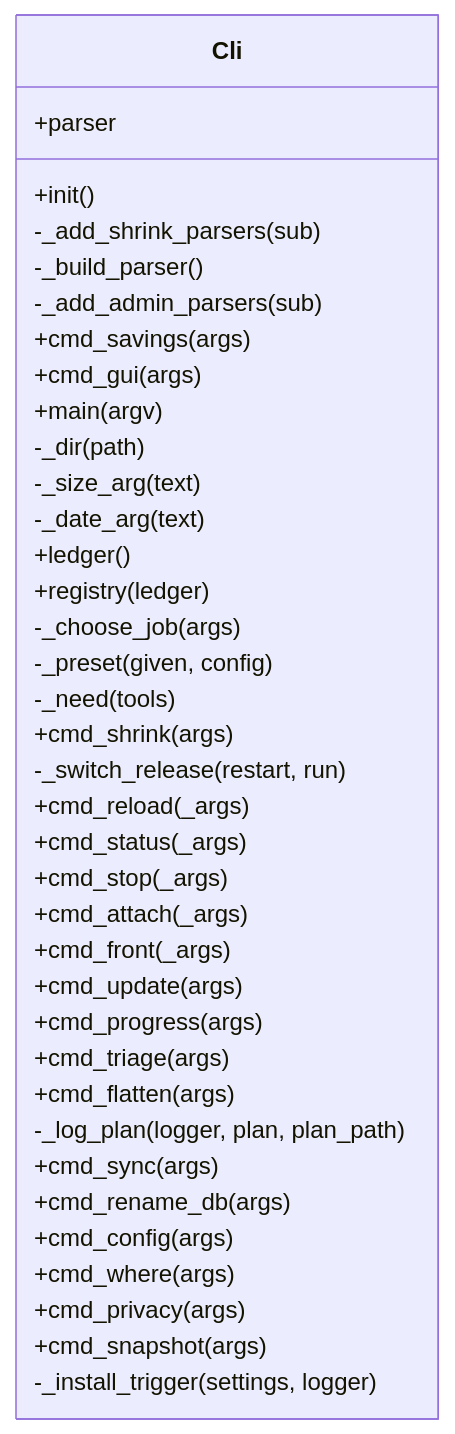
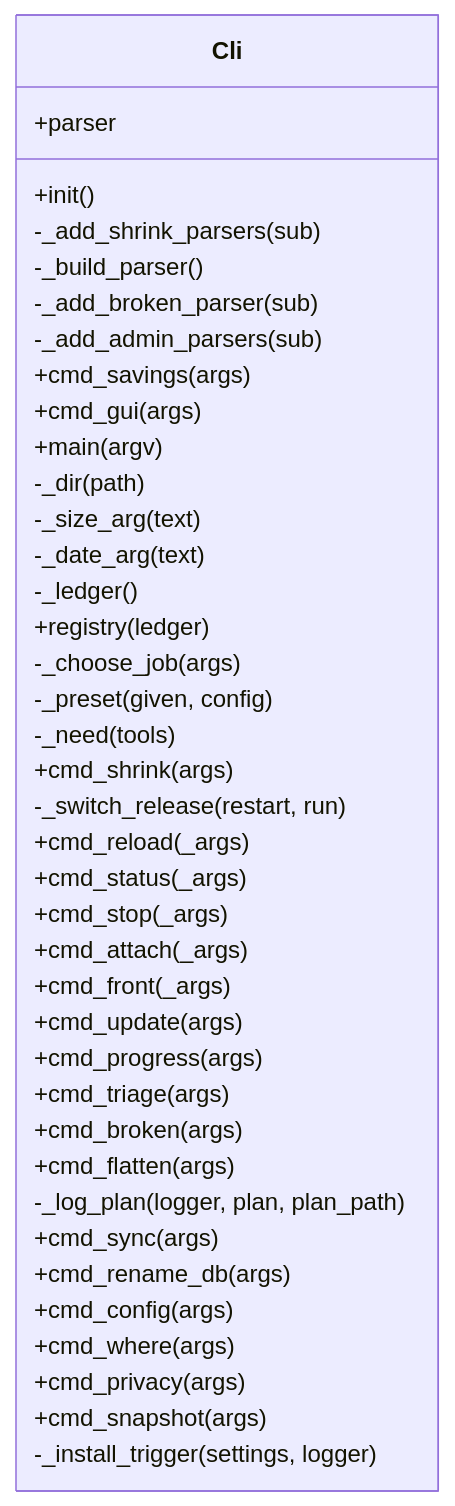
Before and after one commit to peddanet/mediatools: the diagram in docs/img/uml_cli.mmd, drawn with Mermaid. The commit also changed 39 other files, not shown here.

```diff
--- a/docs/img/uml_cli.mmd
+++ b/docs/img/uml_cli.mmd
@@ -1,39 +1,41 @@
 classDiagram
   direction LR
   class Cli {
     +parser
     +init()
     -_add_shrink_parsers(sub)
     -_build_parser()
+    -_add_broken_parser(sub)
     -_add_admin_parsers(sub)
     +cmd_savings(args)
     +cmd_gui(args)
     +main(argv)
     -_dir(path)
     -_size_arg(text)
     -_date_arg(text)
-    +ledger()
+    -_ledger()
     +registry(ledger)
     -_choose_job(args)
     -_preset(given, config)
     -_need(tools)
     +cmd_shrink(args)
     -_switch_release(restart, run)
     +cmd_reload(_args)
     +cmd_status(_args)
     +cmd_stop(_args)
     +cmd_attach(_args)
     +cmd_front(_args)
     +cmd_update(args)
     +cmd_progress(args)
     +cmd_triage(args)
+    +cmd_broken(args)
     +cmd_flatten(args)
     -_log_plan(logger, plan, plan_path)
     +cmd_sync(args)
     +cmd_rename_db(args)
     +cmd_config(args)
     +cmd_where(args)
     +cmd_privacy(args)
     +cmd_snapshot(args)
     -_install_trigger(settings, logger)
   }
```
